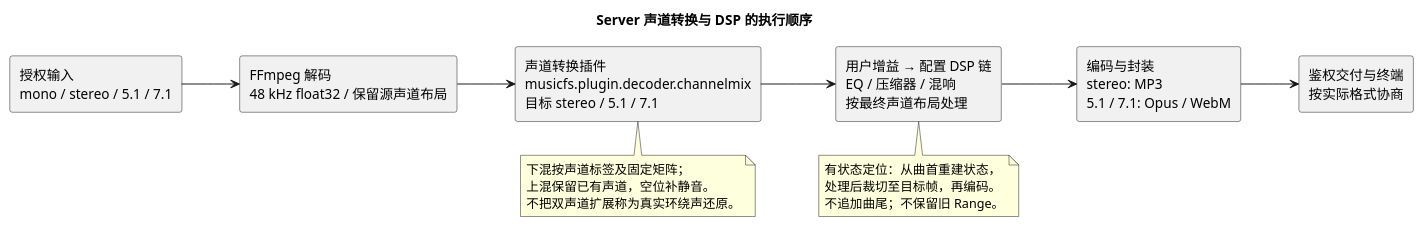
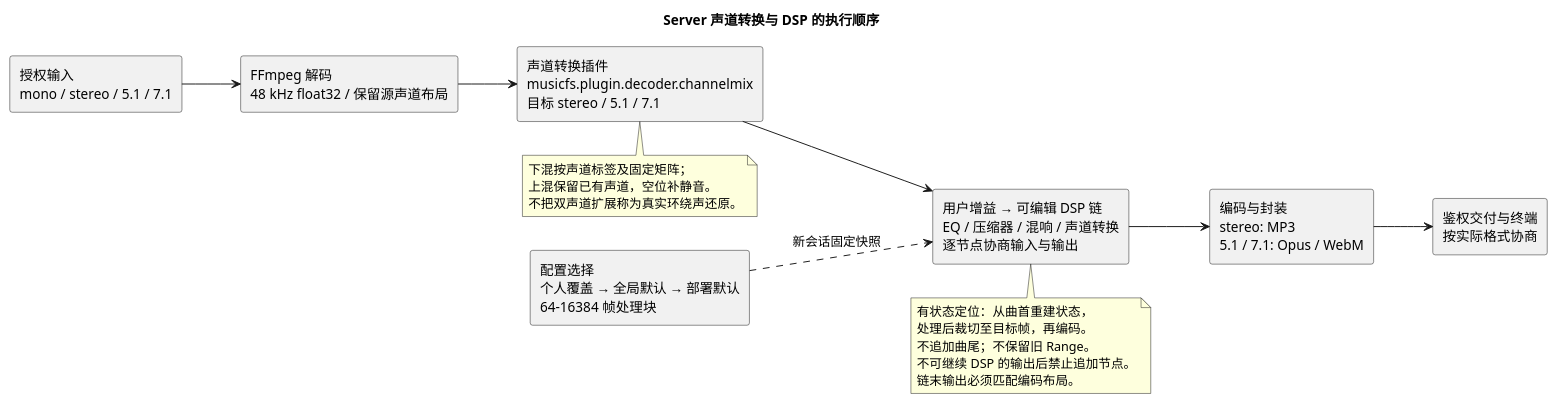
One commit to fnMrRice/MusicFS changed the diagram in docs/diagrams/server-audio-channels.puml. Above: the diagram before and after it, drawn with PlantUML. The commit also changed 1 other file, not shown here.

Commit message:
feat(dsp): 同步可配置处理链架构与实现版本

```diff
--- a/docs/diagrams/server-audio-channels.puml
+++ b/docs/diagrams/server-audio-channels.puml
@@ -1,26 +1,30 @@
 @startuml
 title Server 声道转换与 DSP 的执行顺序
 left to right direction
 skinparam componentStyle rectangle
 component "授权输入\nmono / stereo / 5.1 / 7.1" as Source
 component "FFmpeg 解码\n48 kHz float32 / 保留源声道布局" as Decode
 component "声道转换插件\nmusicfs.plugin.decoder.channelmix\n目标 stereo / 5.1 / 7.1" as Channels
-component "用户增益 → 配置 DSP 链\nEQ / 压缩器 / 混响\n按最终声道布局处理" as DSP
+component "用户增益 → 可编辑 DSP 链\nEQ / 压缩器 / 混响 / 声道转换\n逐节点协商输入与输出" as DSP
+component "配置选择\n个人覆盖 → 全局默认 → 部署默认\n64–16384 帧处理块" as Settings
 component "编码与封装\nstereo: MP3\n5.1 / 7.1: Opus / WebM" as Encode
 component "鉴权交付与终端\n按实际格式协商" as Client
 Source --> Decode
 Decode --> Channels
 Channels --> DSP
+Settings ..> DSP : 新会话固定快照
 DSP --> Encode
 Encode --> Client
 note bottom of DSP
 有状态定位：从曲首重建状态，
 处理后裁切至目标帧，再编码。
 不追加曲尾；不保留旧 Range。
+不可继续 DSP 的输出后禁止追加节点。
+链末输出必须匹配编码布局。
 end note
 note bottom of Channels
 下混按声道标签及固定矩阵；
 上混保留已有声道，空位补静音。
 不把双声道扩展称为真实环绕声还原。
 end note
 @enduml
```
